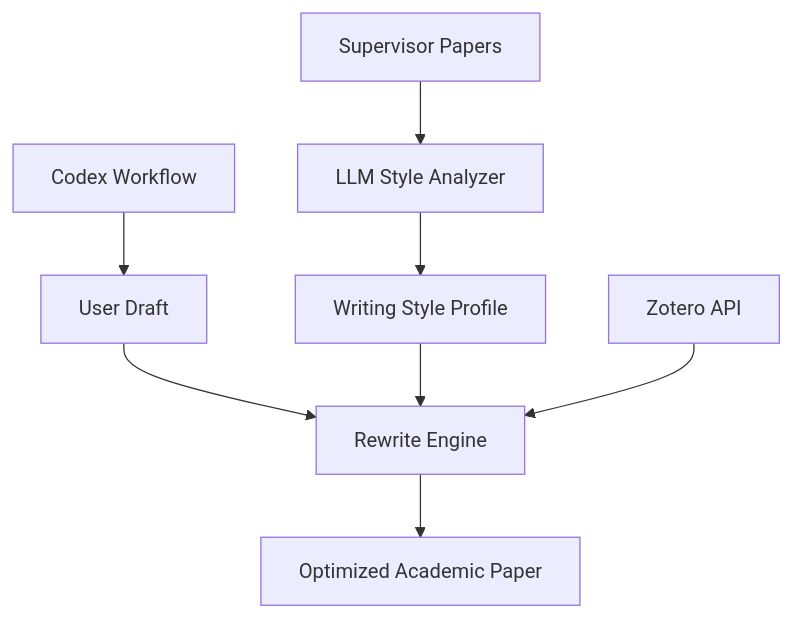
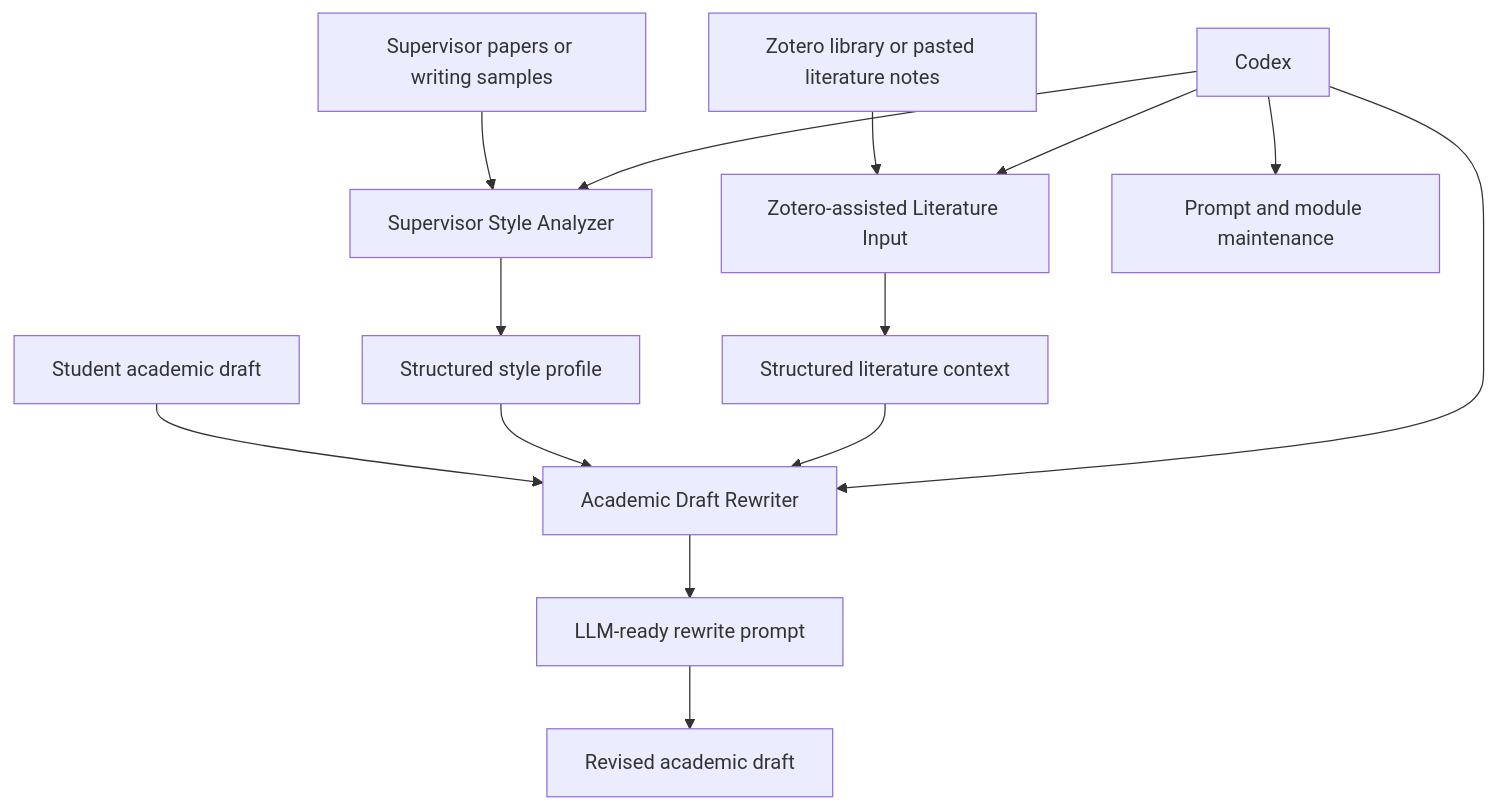
The first of 2 diagrams in README.md (CHF-hayden/advisor-style-agent), drawn with Mermaid before and after one commit. The commit also changed other lines of this file and 11 other files, not shown here.

Commit message:
Improve Codex and Zotero academic writing workflow

````diff
--- a/README.md
+++ b/README.md
@@ -77,17 +42,20 @@
 ```mermaid
 flowchart TD
+    A["Supervisor papers or writing samples"] --> B["Supervisor Style Analyzer"]
+    B --> C["Structured style profile"]
 
-A[Supervisor Papers] --> B[LLM Style Analyzer]
+    D["Student academic draft"] --> E["Academic Draft Rewriter"]
+    C --> E
 
-B --> C[Writing Style Profile]
+    F["Zotero library or pasted literature notes"] --> G["Zotero-assisted Literature Input"]
+    G --> H["Structured literature context"]
+    H --> E
 
-D[User Draft] --> E[Rewrite Engine]
+    E --> I["LLM-ready rewrite prompt"]
+    I --> J["Revised academic draft"]
 
-C --> E
-
-E --> F[Optimized Academic Paper]
-
-G[Zotero API] --> E
-
-H[Codex Workflow] --> D
+    K["Codex"] --> B
+    K --> E
+    K --> G
+    K --> L["Prompt and module maintenance"]
 ```
````
